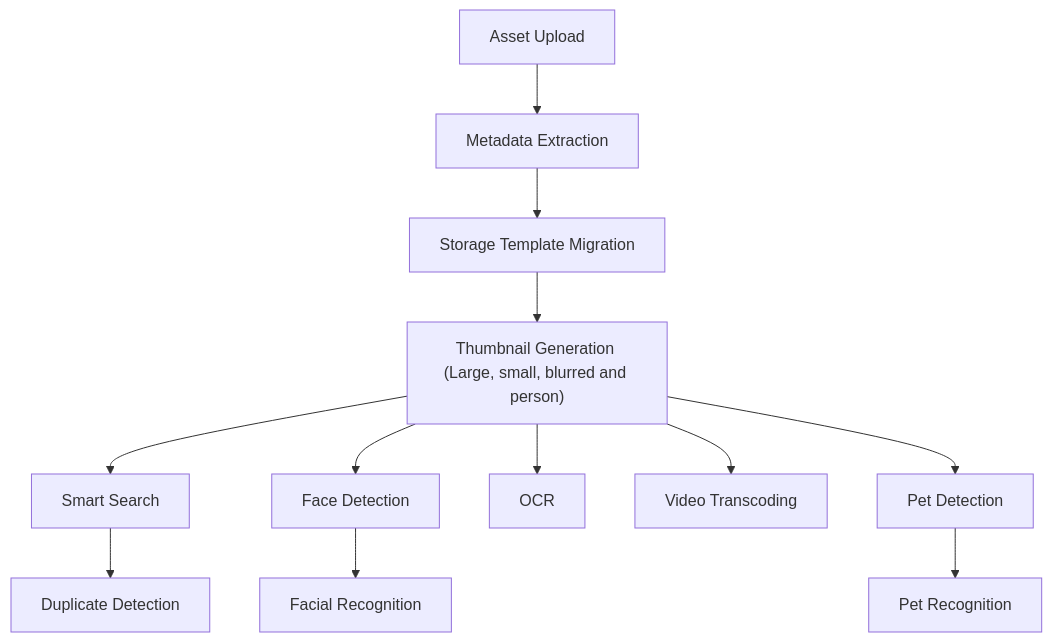
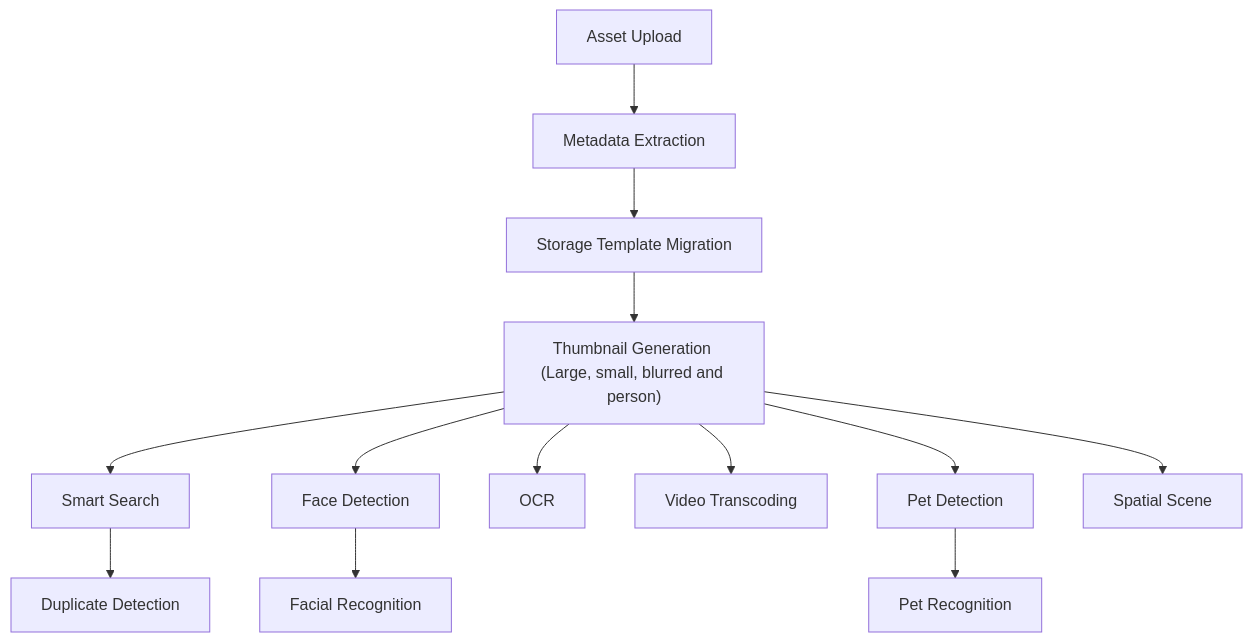
The diagram in docs/docs/administration/jobs-workers.md (open-noodle/gallery), drawn with Mermaid before and after one commit. The commit also changed other lines of this file and 90 other files, not shown here.

First line of the commit message:
feat: add Spatial Scene, a depth-parallax view of photos (web) (#1256)

````diff
--- a/docs/docs/administration/jobs-workers.md
+++ b/docs/docs/administration/jobs-workers.md
@@ -65,14 +65,15 @@
 ```mermaid
 graph TD
     A[Asset Upload] --> B[Metadata Extraction]
     B --> C[Storage Template Migration]
     C --> D["Thumbnail Generation (Large, small, blurred and person)"]
     D --> E[Smart Search]
     D --> F[Face Detection]
     D --> G[OCR]
     D --> H[Video Transcoding]
     D --> K[Pet Detection]
+    D --> M[Spatial Scene]
     E --> I[Duplicate Detection]
     F --> J[Facial Recognition]
     K --> L[Pet Recognition]
 ```
````
